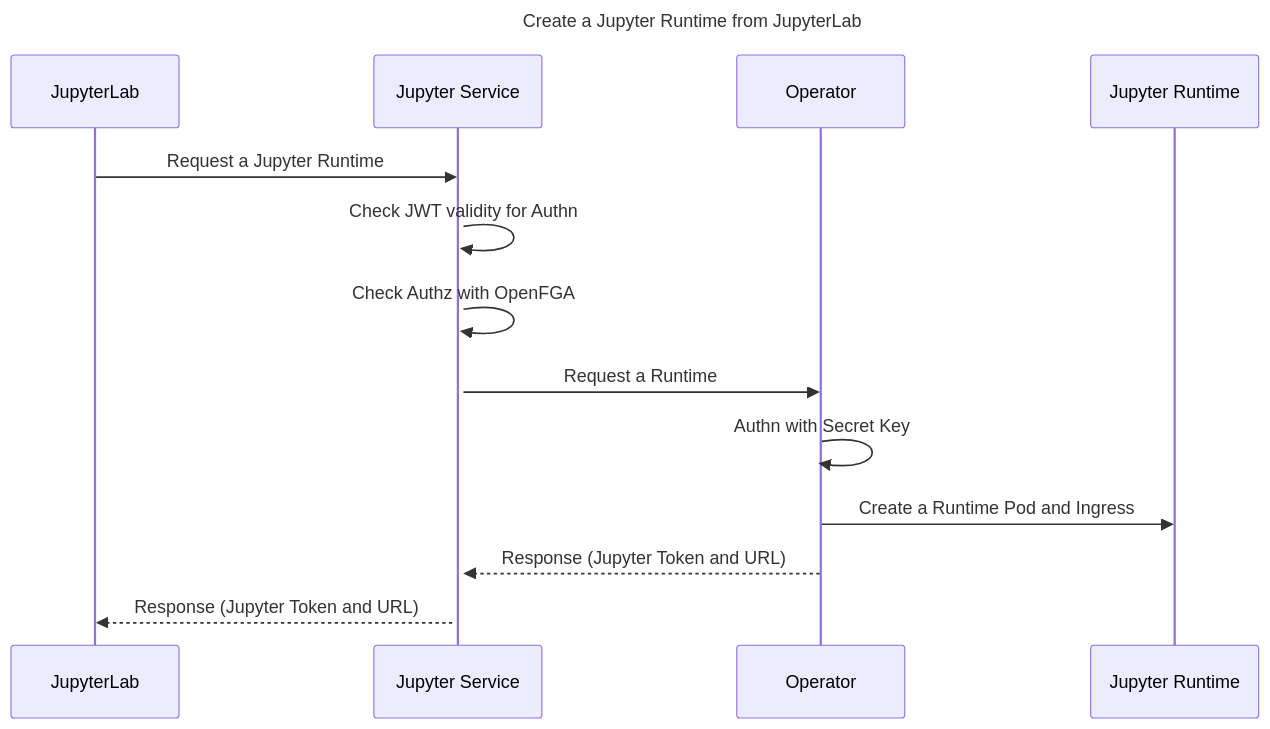
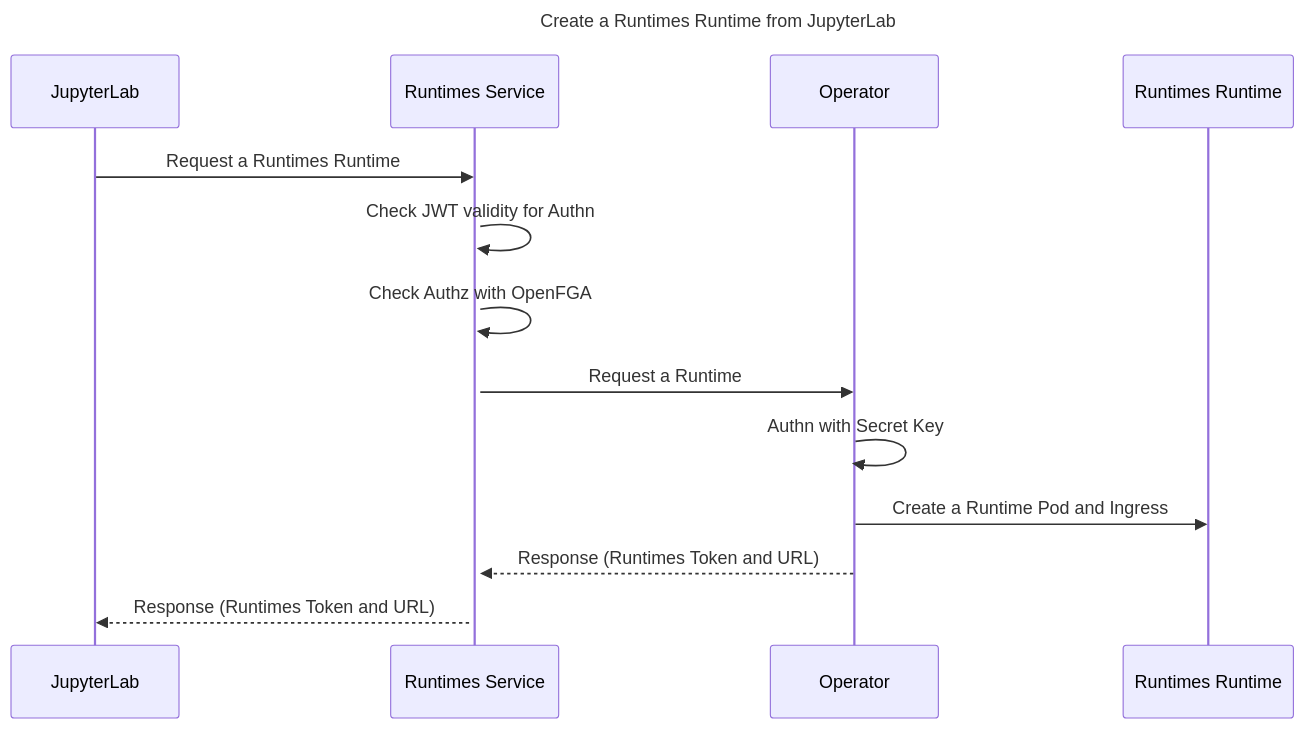
Before and after one commit to datalayer/clouder: the fourth of 5 diagrams in docs/docs/services/02-iam/index.mdx, drawn with Mermaid. The commit also changed other lines of this file and 19 other files, not shown here.

````diff
--- a/docs/docs/services/02-iam/index.mdx
+++ b/docs/docs/services/02-iam/index.mdx
@@ -210,12 +210,12 @@
 ```mermaid
-sequenceDiagram title Create a Jupyter Runtime from JupyterLab
-    JupyterLab->>Jupyter Service: Request a Jupyter Runtime
-    activate Jupyter Service
-    Jupyter Service->>Jupyter Service: Check JWT validity for Authn
-    Jupyter Service->>Jupyter Service: Check Authz with OpenFGA
-    Jupyter Service->>Operator: Request a Runtime
+sequenceDiagram title Create a Runtimes Runtime from JupyterLab
+    JupyterLab->>Runtimes Service: Request a Runtimes Runtime
+    activate Runtimes Service
+    Runtimes Service->>Runtimes Service: Check JWT validity for Authn
+    Runtimes Service->>Runtimes Service: Check Authz with OpenFGA
+    Runtimes Service->>Operator: Request a Runtime
     Operator->>Operator: Authn with Secret Key
-    Operator->>Jupyter Runtime: Create a Runtime Pod and Ingress
-    Operator-->>Jupyter Service: Response (Jupyter Token and URL)
-    Jupyter Service-->>JupyterLab: Response (Jupyter Token and URL)
+    Operator->>Runtimes Runtime: Create a Runtime Pod and Ingress
+    Operator-->>Runtimes Service: Response (Runtimes Token and URL)
+    Runtimes Service-->>JupyterLab: Response (Runtimes Token and URL)
 ```
````
